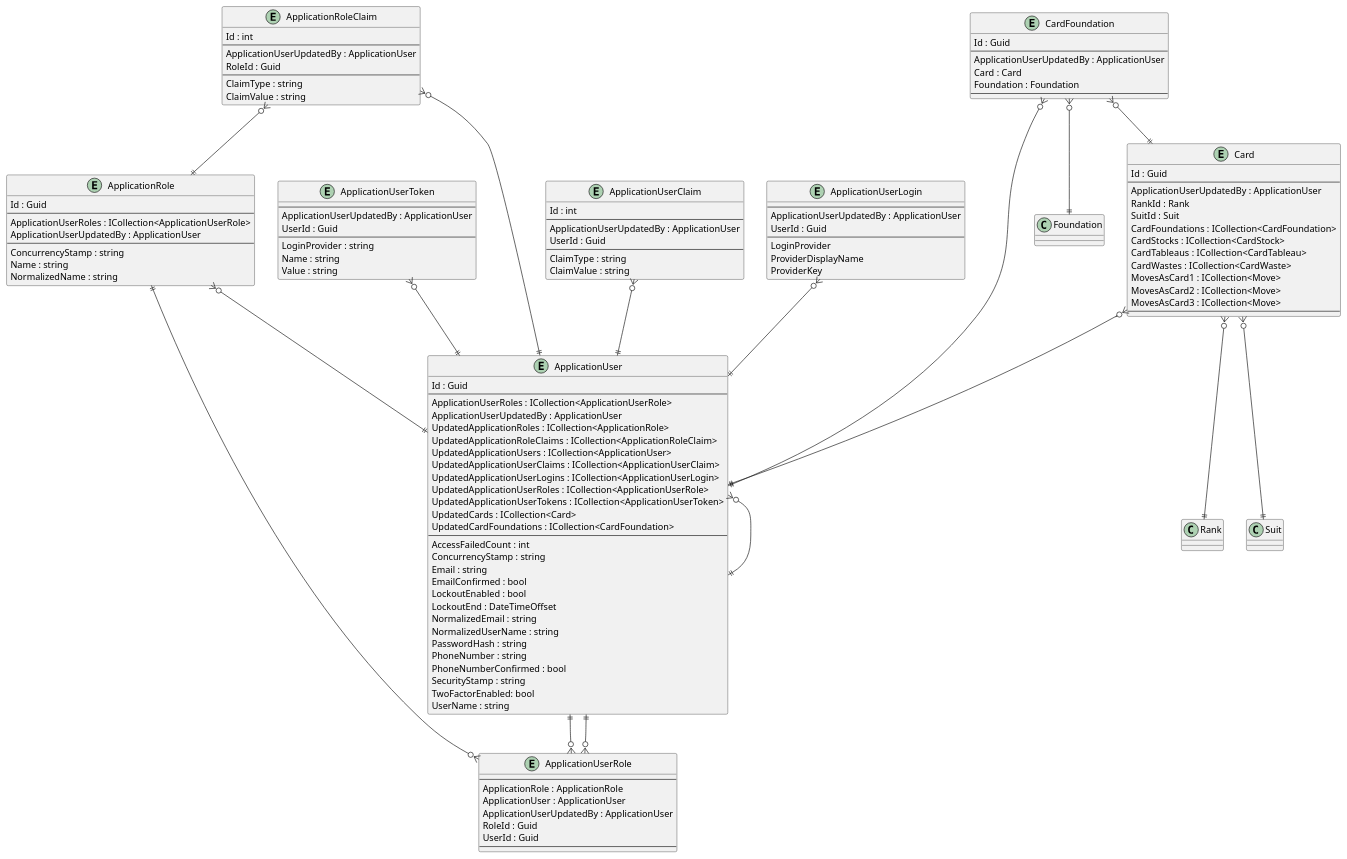
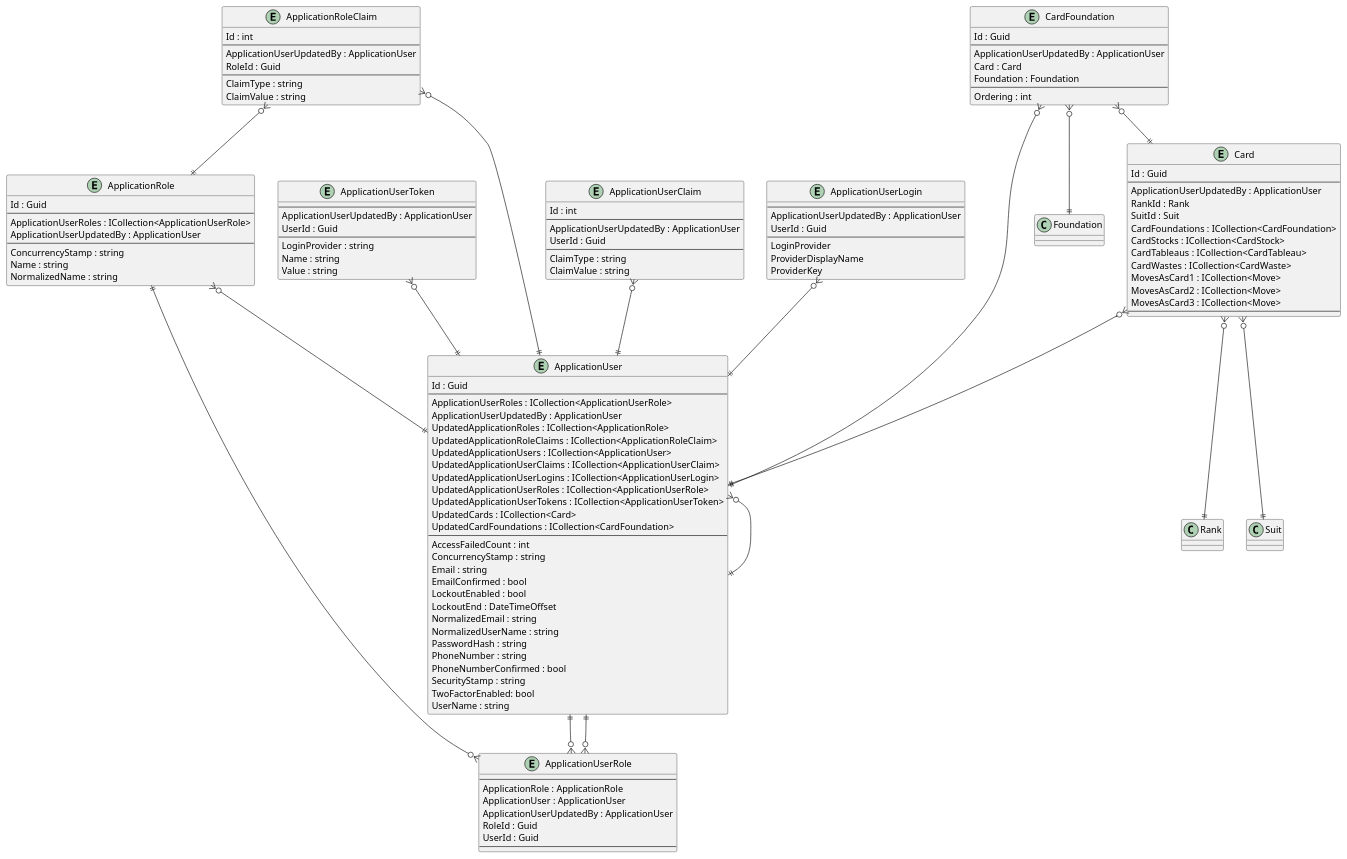
One commit to intrepion/intrepion_klondike-solitaire_csharp changed the diagram in .docs/Intrepion.KlondikeSolitaire.pu. Above: the diagram before and after it, drawn with PlantUML.

```diff
--- a/.docs/Intrepion.KlondikeSolitaire.pu
+++ b/.docs/Intrepion.KlondikeSolitaire.pu
@@ -1,146 +1,147 @@
 @startuml
 
 entity ApplicationRole {
     Id : Guid
     --
     ApplicationUserRoles : ICollection<ApplicationUserRole>
     ApplicationUserUpdatedBy : ApplicationUser
     --
     ConcurrencyStamp : string
     Name : string
     NormalizedName : string
 }
 
 entity ApplicationRoleClaim {
     Id : int
     --
     ApplicationUserUpdatedBy : ApplicationUser
     RoleId : Guid
     --
     ClaimType : string
     ClaimValue : string
 }
 
 entity ApplicationUser {
     Id : Guid
     --
     ApplicationUserRoles : ICollection<ApplicationUserRole>
     ApplicationUserUpdatedBy : ApplicationUser
     UpdatedApplicationRoles : ICollection<ApplicationRole>
     UpdatedApplicationRoleClaims : ICollection<ApplicationRoleClaim>
     UpdatedApplicationUsers : ICollection<ApplicationUser>
     UpdatedApplicationUserClaims : ICollection<ApplicationUserClaim>
     UpdatedApplicationUserLogins : ICollection<ApplicationUserLogin>
     UpdatedApplicationUserRoles : ICollection<ApplicationUserRole>
     UpdatedApplicationUserTokens : ICollection<ApplicationUserToken>
     UpdatedCards : ICollection<Card>
     UpdatedCardFoundations : ICollection<CardFoundation>
     ' ApplicationUserKeyCodePlaceholder
     --
     AccessFailedCount : int
     ConcurrencyStamp : string
     Email : string
     EmailConfirmed : bool
     LockoutEnabled : bool
     LockoutEnd : DateTimeOffset
     NormalizedEmail : string
     NormalizedUserName : string
     PasswordHash : string
     PhoneNumber : string
     PhoneNumberConfirmed : bool
     SecurityStamp : string
     TwoFactorEnabled: bool
     UserName : string
 }
 
 entity ApplicationUserClaim {
     Id : int
     --
     ApplicationUserUpdatedBy : ApplicationUser
     UserId : Guid
     --
     ClaimType : string
     ClaimValue : string
 }
 
 entity ApplicationUserLogin {
     --
     ApplicationUserUpdatedBy : ApplicationUser
     UserId : Guid
     --
     LoginProvider
     ProviderDisplayName
     ProviderKey
 }
 
 entity ApplicationUserRole {
     --
     ApplicationRole : ApplicationRole
     ApplicationUser : ApplicationUser
     ApplicationUserUpdatedBy : ApplicationUser
     RoleId : Guid
     UserId : Guid
     --
 }
 
 entity ApplicationUserToken {
     --
     ApplicationUserUpdatedBy : ApplicationUser
     UserId : Guid
     --
     LoginProvider : string
     Name : string
     Value : string
 }
 
 entity Card {
     Id : Guid
     --
     ApplicationUserUpdatedBy : ApplicationUser
     RankId : Rank
     SuitId : Suit
     CardFoundations : ICollection<CardFoundation>
     CardStocks : ICollection<CardStock>
     CardTableaus : ICollection<CardTableau>
     CardWastes : ICollection<CardWaste>
     MovesAsCard1 : ICollection<Move>
     MovesAsCard2 : ICollection<Move>
     MovesAsCard3 : ICollection<Move>
     ' CardKeyCodePlaceholder
     --
     ' CardPropertyCodePlaceholder
 }
 
 entity CardFoundation {
     Id : Guid
     --
     ApplicationUserUpdatedBy : ApplicationUser
     Card : Card
     Foundation : Foundation
     ' CardFoundationKeyCodePlaceholder
     --
+    Ordering : int
     ' CardFoundationPropertyCodePlaceholder
 }
 
 ' EntityCodePlaceholder
 
 ApplicationRole ||--o{ ApplicationUserRole
 ApplicationRole }o--|| ApplicationUser
 ApplicationRoleClaim }o--|| ApplicationRole
 ApplicationRoleClaim }o--|| ApplicationUser
 ApplicationUser }o--|| ApplicationUser
 ApplicationUser ||--o{ ApplicationUserRole
 ApplicationUserClaim }o--|| ApplicationUser
 ApplicationUserLogin }o--|| ApplicationUser
 ApplicationUserRole }o--|| ApplicationUser
 ApplicationUserToken }o--|| ApplicationUser
 
 Card }o--|| ApplicationUser
 Card }o--|| Rank
 Card }o--|| Suit
 CardFoundation }o--|| ApplicationUser
 CardFoundation }o--|| Card
 CardFoundation }o--|| Foundation
 ' RelationshipCodePlaceholder
 
 @enduml
```
